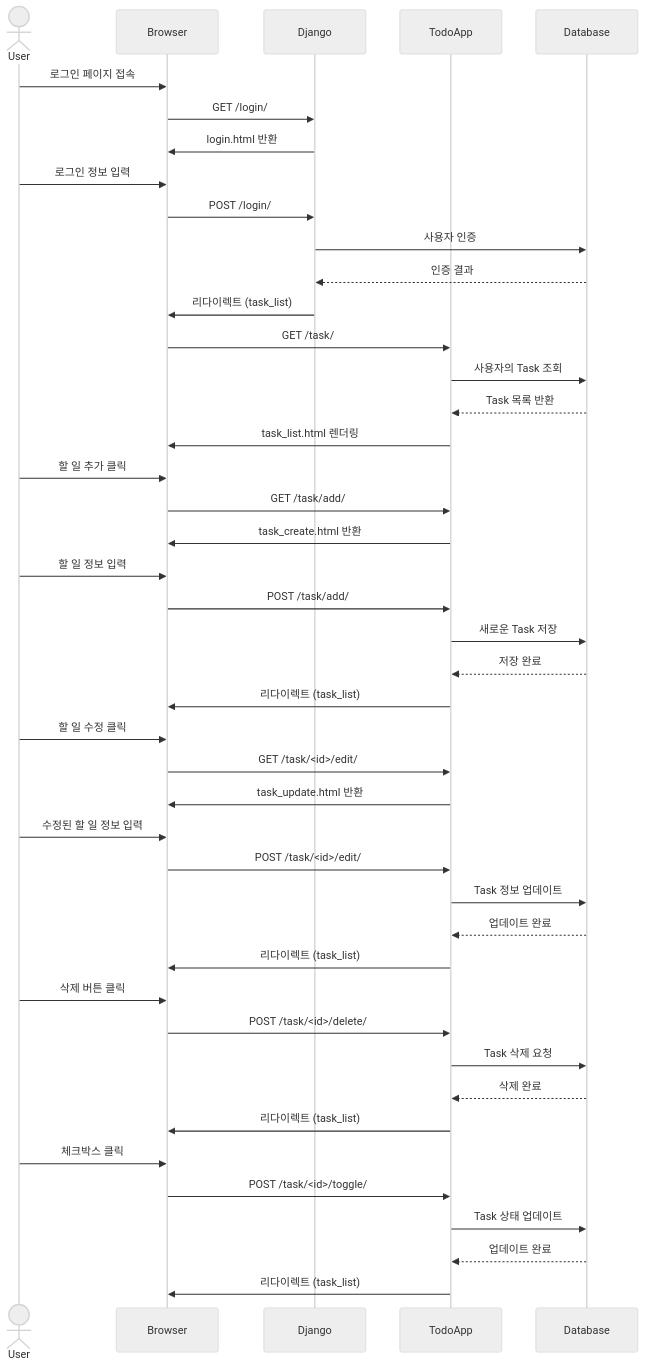
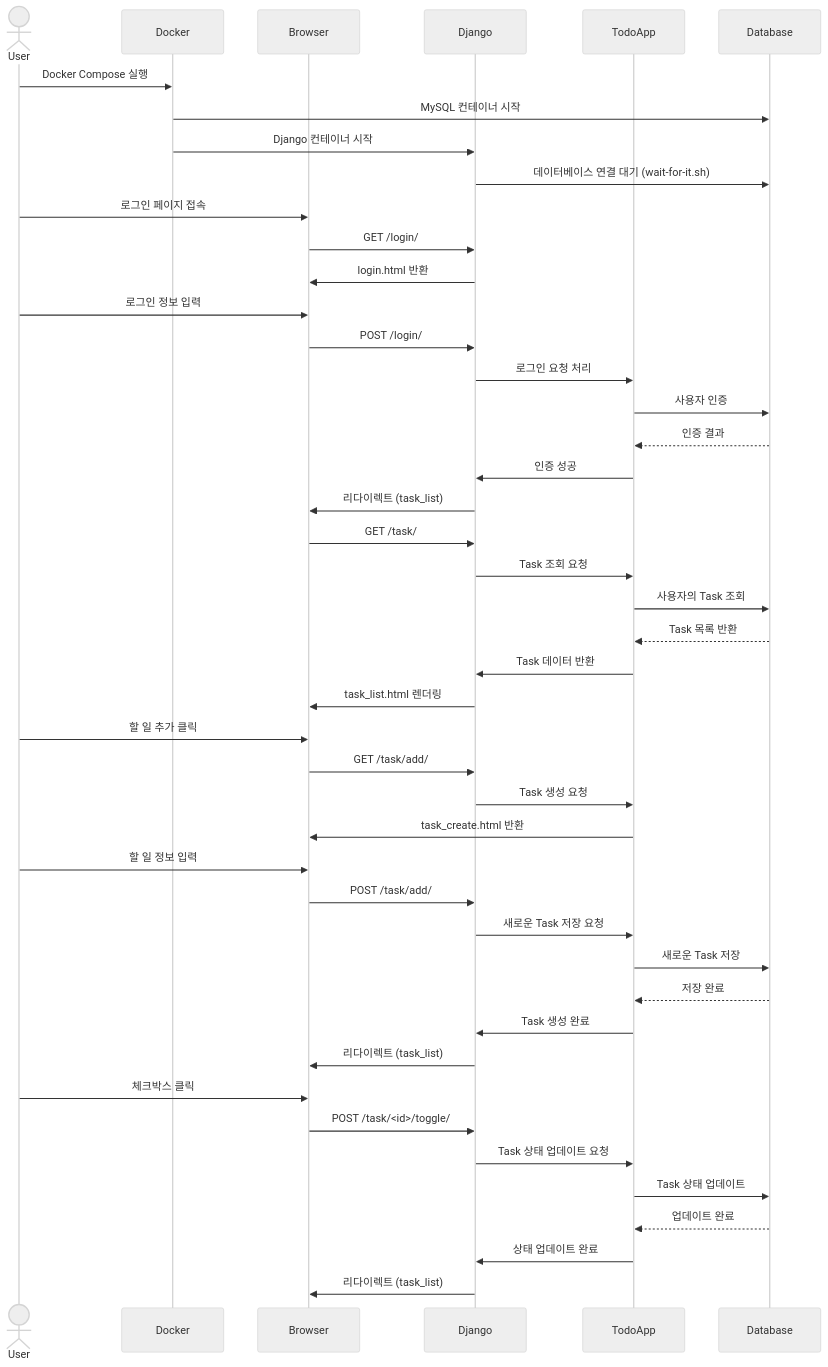
Before and after one commit to online5880/django-todo-list: the diagram in readme.md, drawn with Mermaid (neutral theme).

````diff
--- a/readme.md
+++ b/readme.md
@@ -100,59 +100,59 @@
 ```mermaid
 sequenceDiagram
     actor User
+    participant Docker
     participant Browser
     participant Django
     participant TodoApp
     participant Database
+
+    %% Docker Compose 실행
+    User->>Docker: Docker Compose 실행
+    Docker->>Database: MySQL 컨테이너 시작
+    Docker->>Django: Django 컨테이너 시작
+    Django->>Database: 데이터베이스 연결 대기 (wait-for-it.sh)
 
     %% 로그인 프로세스
     User->>Browser: 로그인 페이지 접속
     Browser->>Django: GET /login/
     Django->>Browser: login.html 반환
     User->>Browser: 로그인 정보 입력
     Browser->>Django: POST /login/
-    Django->>Database: 사용자 인증
-    Database-->>Django: 인증 결과
+    Django->>TodoApp: 로그인 요청 처리
+    TodoApp->>Database: 사용자 인증
+    Database-->>TodoApp: 인증 결과
+    TodoApp->>Django: 인증 성공
     Django->>Browser: 리다이렉트 (task_list)
 
     %% Todo 리스트 조회 (READ)
-    Browser->>TodoApp: GET /task/
+    Browser->>Django: GET /task/
+    Django->>TodoApp: Task 조회 요청
     TodoApp->>Database: 사용자의 Task 조회
     Database-->>TodoApp: Task 목록 반환
-    TodoApp->>Browser: task_list.html 렌더링
+    TodoApp->>Django: Task 데이터 반환
+    Django->>Browser: task_list.html 렌더링
 
     %% Todo 항목 생성 (CREATE)
     User->>Browser: 할 일 추가 클릭
-    Browser->>TodoApp: GET /task/add/
+    Browser->>Django: GET /task/add/
+    Django->>TodoApp: Task 생성 요청
     TodoApp->>Browser: task_create.html 반환
     User->>Browser: 할 일 정보 입력
-    Browser->>TodoApp: POST /task/add/
+    Browser->>Django: POST /task/add/
+    Django->>TodoApp: 새로운 Task 저장 요청
     TodoApp->>Database: 새로운 Task 저장
     Database-->>TodoApp: 저장 완료
-    TodoApp->>Browser: 리다이렉트 (task_list)
-
-    %% Todo 항목 수정 (UPDATE)
-    User->>Browser: 할 일 수정 클릭
-    Browser->>TodoApp: GET /task/<id>/edit/
-    TodoApp->>Browser: task_update.html 반환
-    User->>Browser: 수정된 할 일 정보 입력
-    Browser->>TodoApp: POST /task/<id>/edit/
-    TodoApp->>Database: Task 정보 업데이트
-    Database-->>TodoApp: 업데이트 완료
-    TodoApp->>Browser: 리다이렉트 (task_list)
-
-    %% Todo 항목 삭제 (DELETE)
-    User->>Browser: 삭제 버튼 클릭
-    Browser->>TodoApp: POST /task/<id>/delete/
-    TodoApp->>Database: Task 삭제 요청
-    Database-->>TodoApp: 삭제 완료
-    TodoApp->>Browser: 리다이렉트 (task_list)
+    TodoApp->>Django: Task 생성 완료
+    Django->>Browser: 리다이렉트 (task_list)
 
     %% Todo 상태 토글 (COMPLETE/INCOMPLETE)
     User->>Browser: 체크박스 클릭
-    Browser->>TodoApp: POST /task/<id>/toggle/
+    Browser->>Django: POST /task/<id>/toggle/
+    Django->>TodoApp: Task 상태 업데이트 요청
     TodoApp->>Database: Task 상태 업데이트
     Database-->>TodoApp: 업데이트 완료
-    TodoApp->>Browser: 리다이렉트 (task_list)
+    TodoApp->>Django: 상태 업데이트 완료
+    Django->>Browser: 리다이렉트 (task_list)
+
 
 ```
````
